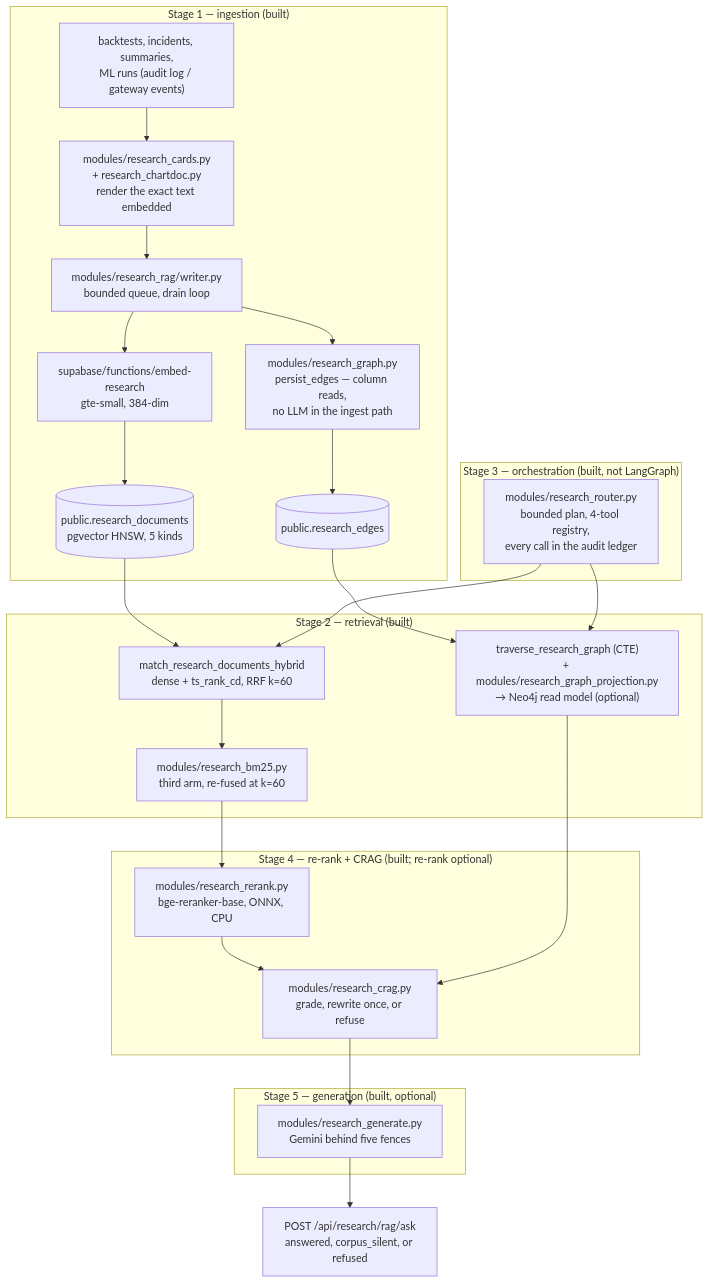
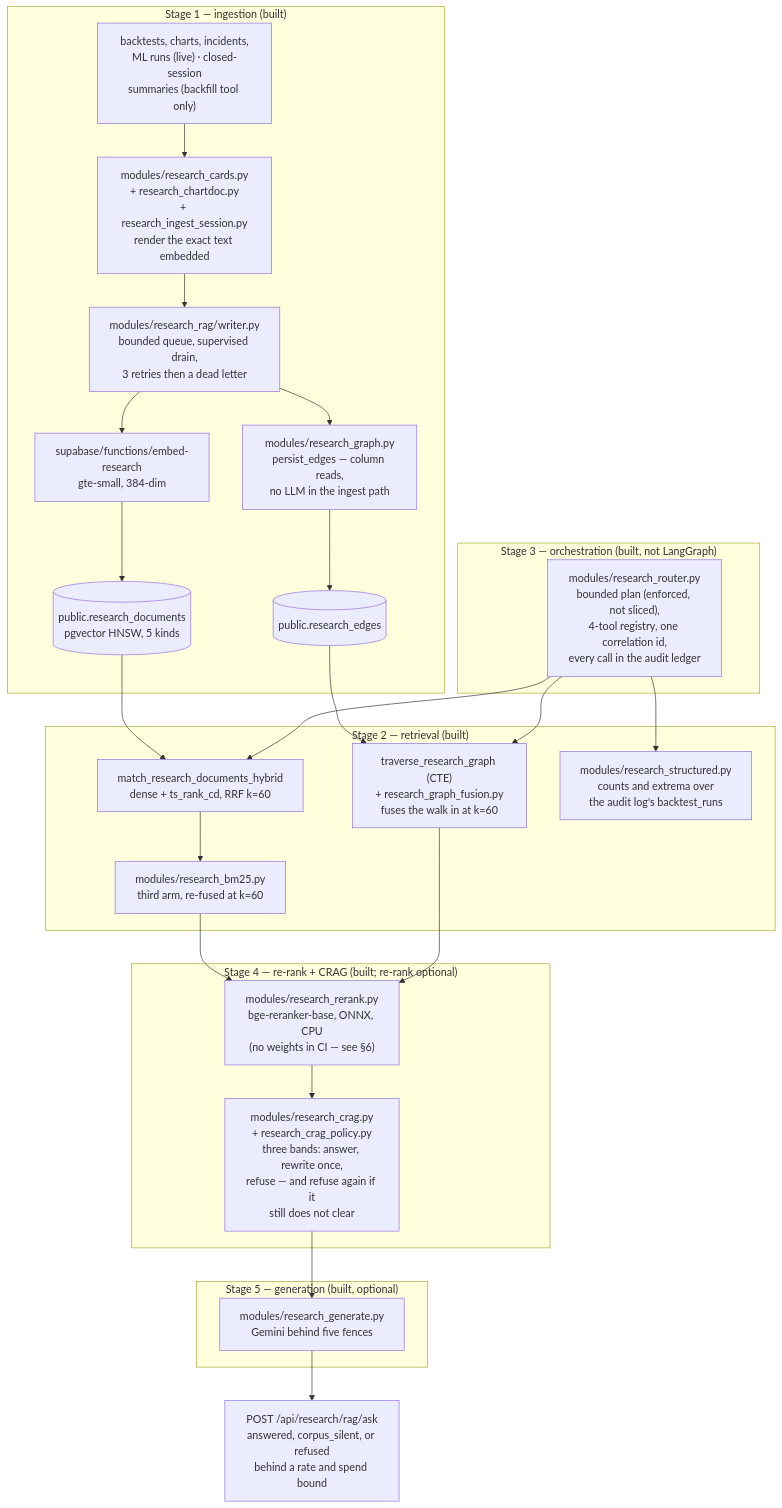
One commit to Manutd1234/AlphaEngine changed the diagram in docs/planning/PRD.md. Above: the diagram before and after it, drawn with Mermaid. The commit also changed other lines of this file and 15 other files, not shown here.

````diff
--- a/docs/planning/PRD.md
+++ b/docs/planning/PRD.md
@@ -53,36 +53,38 @@
 ```mermaid
 flowchart TD
     subgraph S1["Stage 1 — ingestion (built)"]
-        AUDIT["backtests, incidents, summaries,<br/>ML runs (audit log / gateway events)"] --> CARDS["modules/research_cards.py<br/>+ research_chartdoc.py<br/>render the exact text embedded"]
-        CARDS --> WRITER["modules/research_rag/writer.py<br/>bounded queue, drain loop"]
+        AUDIT["backtests, charts, incidents,<br/>ML runs (live) · closed-session<br/>summaries (backfill tool only)"] --> CARDS["modules/research_cards.py<br/>+ research_chartdoc.py<br/>+ research_ingest_session.py<br/>render the exact text embedded"]
+        CARDS --> WRITER["modules/research_rag/writer.py<br/>bounded queue, supervised drain,<br/>3 retries then a dead letter"]
         WRITER --> EMBED["supabase/functions/embed-research<br/>gte-small, 384-dim"]
         EMBED --> PG[("public.research_documents<br/>pgvector HNSW, 5 kinds")]
         WRITER --> EDGES["modules/research_graph.py<br/>persist_edges — column reads,<br/>no LLM in the ingest path"]
         EDGES --> PGE[("public.research_edges")]
     end
     subgraph S3["Stage 3 — orchestration (built, not LangGraph)"]
-        ROUTER["modules/research_router.py<br/>bounded plan, 4-tool registry,<br/>every call in the audit ledger"]
+        ROUTER["modules/research_router.py<br/>bounded plan (enforced, not sliced),<br/>4-tool registry, one correlation id,<br/>every call in the audit ledger"]
     end
     subgraph S2["Stage 2 — retrieval (built)"]
         HYBRID["match_research_documents_hybrid<br/>dense + ts_rank_cd, RRF k=60"]
         BM25["modules/research_bm25.py<br/>third arm, re-fused at k=60"]
-        GRAPH["traverse_research_graph (CTE)<br/>+ modules/research_graph_projection.py<br/>→ Neo4j read model (optional)"]
+        GRAPH["traverse_research_graph (CTE)<br/>+ research_graph_fusion.py<br/>fuses the walk in at k=60"]
+        STRUCT["modules/research_structured.py<br/>counts and extrema over<br/>the audit log's backtest_runs"]
         HYBRID --> BM25
     end
     subgraph S4["Stage 4 — re-rank + CRAG (built; re-rank optional)"]
-        RERANK["modules/research_rerank.py<br/>bge-reranker-base, ONNX, CPU"]
-        CRAG["modules/research_crag.py<br/>grade, rewrite once, or refuse"]
+        RERANK["modules/research_rerank.py<br/>bge-reranker-base, ONNX, CPU<br/>(no weights in CI — see §6)"]
+        CRAG["modules/research_crag.py<br/>+ research_crag_policy.py<br/>three bands: answer, rewrite once,<br/>refuse — and refuse again if it<br/>still does not clear"]
         RERANK --> CRAG
     end
     subgraph S5["Stage 5 — generation (built, optional)"]
         GEN["modules/research_generate.py<br/>Gemini behind five fences"]
     end
     PG --> HYBRID
     PGE --> GRAPH
     ROUTER --> HYBRID
     ROUTER --> GRAPH
+    ROUTER --> STRUCT
     BM25 --> RERANK
-    GRAPH --> CRAG
+    GRAPH --> RERANK
     CRAG --> GEN
-    GEN --> ANSWER["POST /api/research/rag/ask<br/>answered, corpus_silent, or refused"]
+    GEN --> ANSWER["POST /api/research/rag/ask<br/>answered, corpus_silent, or refused<br/>behind a rate and spend bound"]
 ```
````
